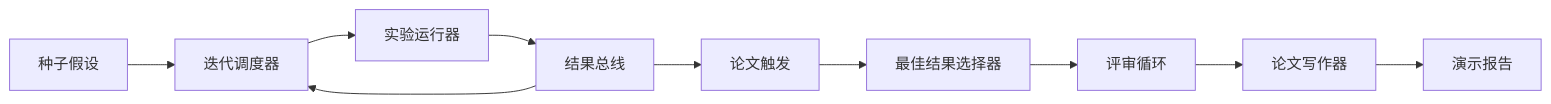
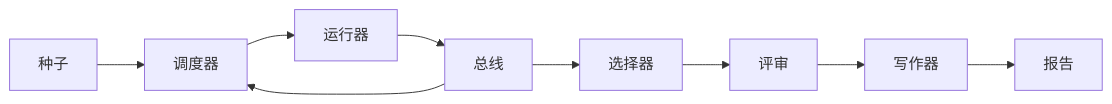
The diagram in lessons/19-综合项目/57-端到端研究演示/docs/index.md (1583477320/ai-engineering-from-scratch-zh), drawn with Mermaid before and after one commit. The commit also changed other lines of this file and 9 other files, not shown here.

````diff
--- a/lessons/19-综合项目/57-端到端研究演示/docs/index.md
+++ b/lessons/19-综合项目/57-端到端研究演示/docs/index.md
@@ -34,12 +30,7 @@
 ```mermaid
 flowchart LR
-    Seed[种子假设] --> Sched[迭代调度器]
-    Sched --> Exp[实验运行器]
-    Exp --> Bus[结果总线]
+    Seed[种子] --> Sched[调度器]
+    Sched --> Run[运行器] --> Bus[总线]
     Bus --> Sched
-    Bus --> Trig[论文触发]
-    Trig --> Pick[最佳结果选择器]
-    Pick --> Critic[评审循环]
-    Critic --> Writer[论文写作器]
-    Writer --> Report[演示报告]
+    Bus --> Pick[选择器] --> Critic[评审] --> Writer[写作器] --> Report[报告]
 ```
````
